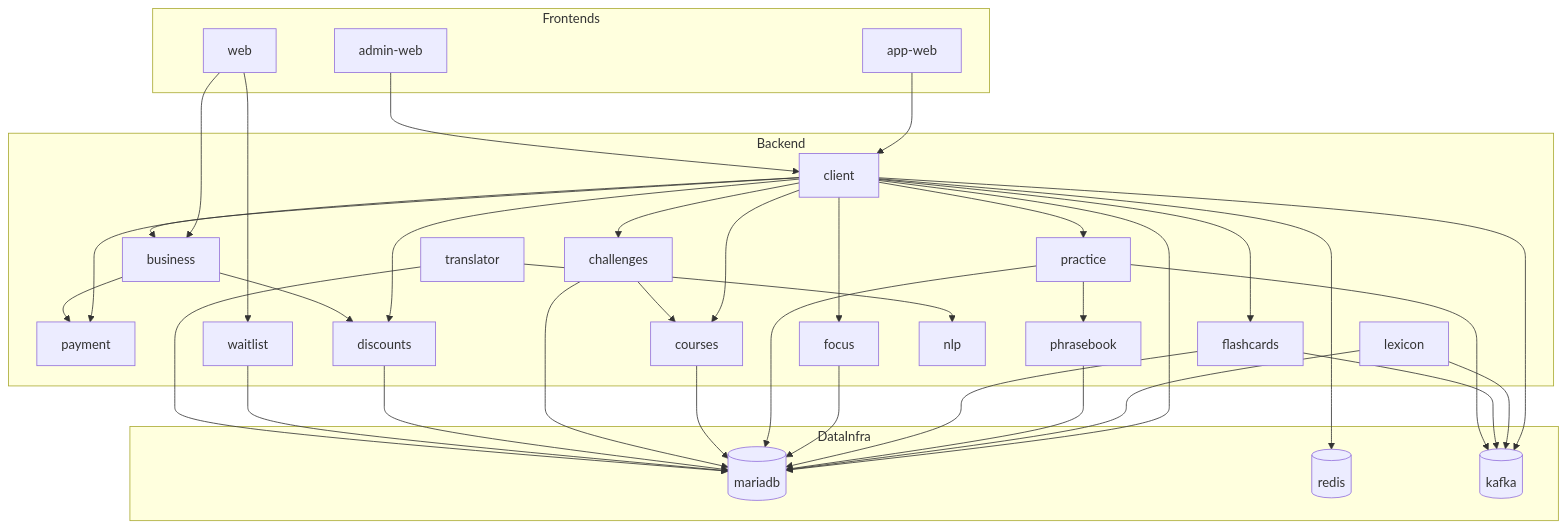
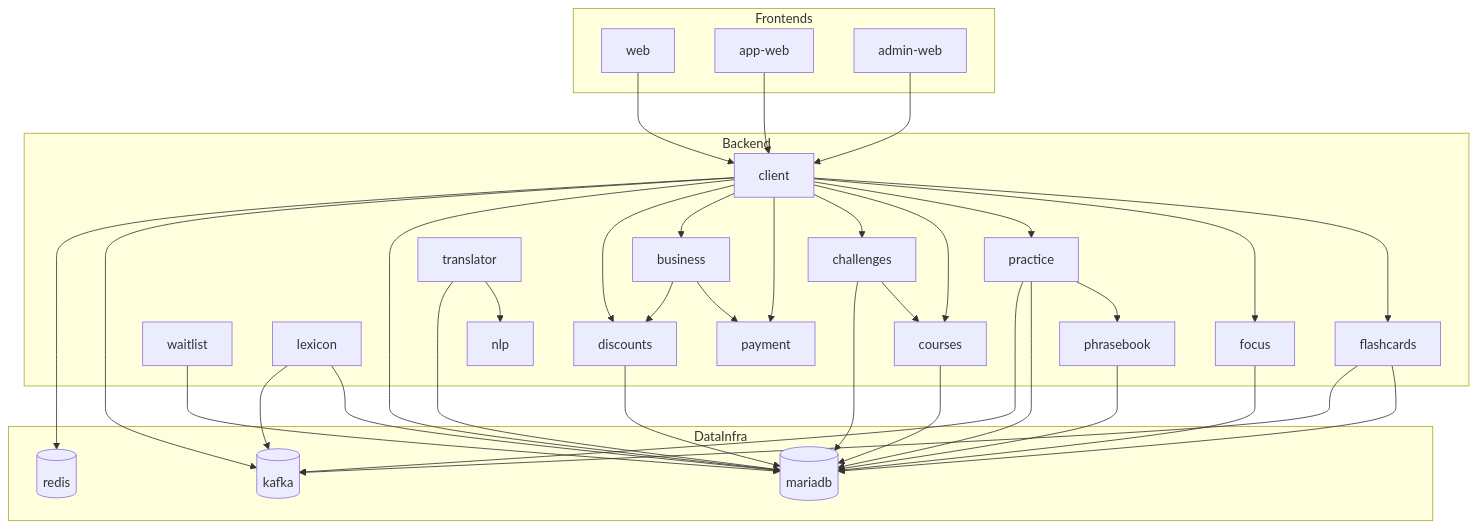
One commit to athbheochan-labs/misneach changed the second of 2 diagrams in docs/architecture.md. Above: the diagram before and after it, drawn with Mermaid. The commit also changed other lines of this file, not shown here.

Commit message:
docs(architecture): reflect web->client routing and gateway error contract

````diff
--- a/docs/architecture.md
+++ b/docs/architecture.md
@@ -22,68 +22,67 @@
 ```mermaid
 flowchart TB
   subgraph Frontends
     web[web]
     appweb[app-web]
     adminweb[admin-web]
   end
 
   subgraph Backend
     client[client]
     business[business]
     payment[payment]
     discounts[discounts]
     waitlist[waitlist]
     lexicon[lexicon]
     phrasebook[phrasebook]
     flashcards[flashcards]
     focus[focus]
     practice[practice]
     courses[courses]
     challenges[challenges]
     translator[translator]
     nlp[nlp]
   end
 
   subgraph DataInfra
     mariadb[(mariadb)]
     redis[(redis)]
     kafka[(kafka)]
   end
 
-  web --> business
-  web --> waitlist
+  web --> client
   appweb --> client
   adminweb --> client
 
   client --> flashcards
   client --> focus
   client --> practice
   client --> courses
   client --> challenges
   client --> payment
   client --> business
   client --> discounts
 
   business --> payment
   business --> discounts
   practice --> phrasebook
   challenges --> courses
   translator --> nlp
 
   client --> mariadb
   client --> kafka
   client --> redis
   lexicon --> mariadb
   lexicon --> kafka
   phrasebook --> mariadb
   flashcards --> mariadb
   flashcards --> kafka
   focus --> mariadb
   practice --> mariadb
   practice --> kafka
   courses --> mariadb
   challenges --> mariadb
   discounts --> mariadb
   waitlist --> mariadb
   translator --> mariadb
 ```
````
